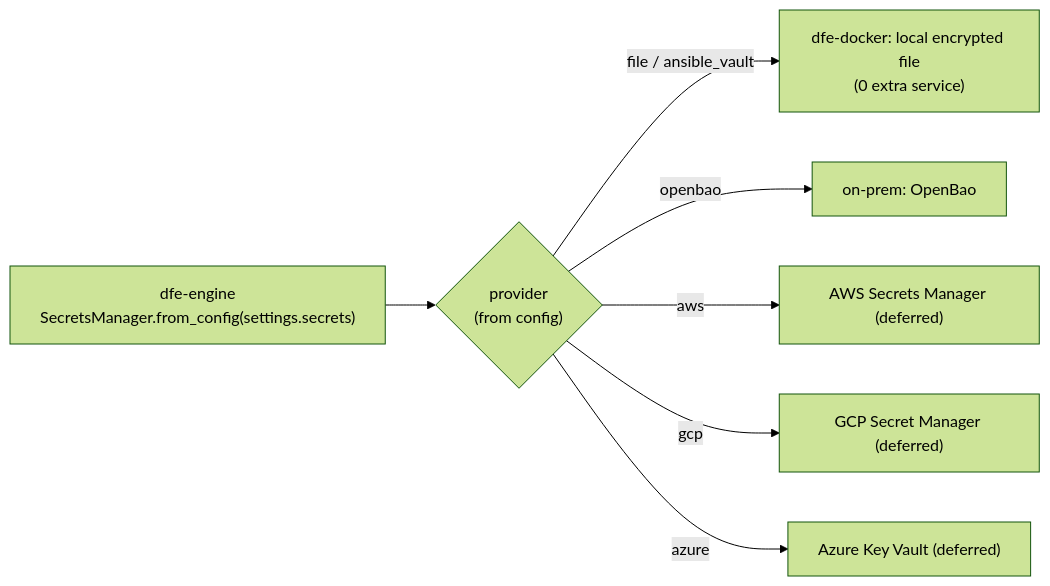
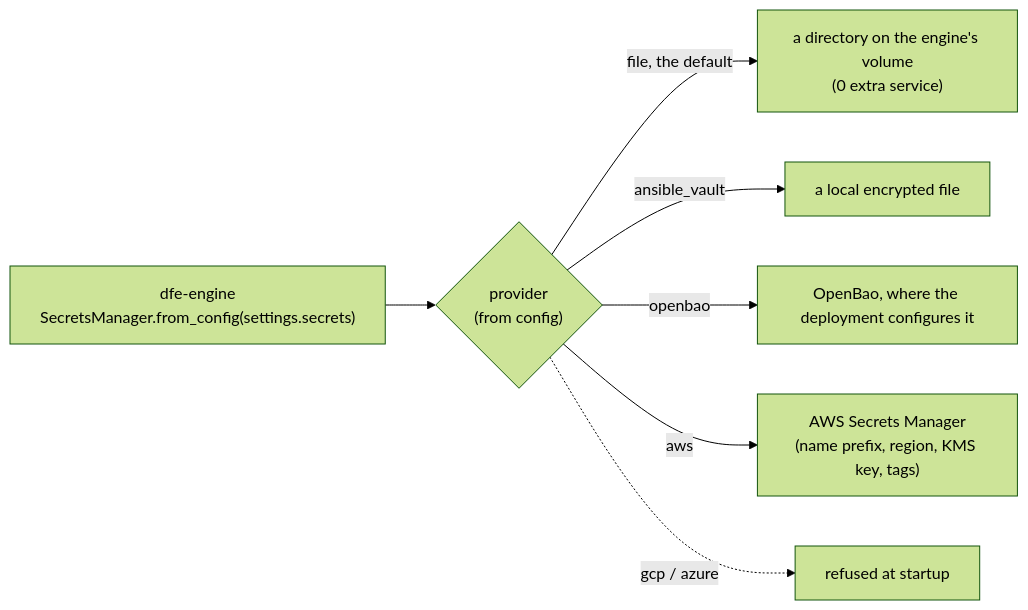
The third of 4 diagrams in docs/deployment/backing-services.md (hyperi-io/dfe-engine), drawn with Mermaid (forest theme) before and after one commit. The commit also changed other lines of this file and 23 other files, not shown here.

First line of the commit message:
fix(secrets): store minted secrets right in AWS (#898)

````diff
--- a/docs/deployment/backing-services.md
+++ b/docs/deployment/backing-services.md
@@ -115,9 +115,9 @@
 ```mermaid
 flowchart LR
     E["dfe-engine<br/>SecretsManager.from_config(settings.secrets)"] --> P{"provider<br/>(from config)"}
-    P -->|file / ansible_vault| F["dfe-docker: local encrypted file<br/>(0 extra service)"]
-    P -->|openbao| O["on-prem: OpenBao"]
-    P -->|aws| AWS["AWS Secrets Manager (deferred)"]
-    P -->|gcp| GCP["GCP Secret Manager (deferred)"]
-    P -->|azure| AZ["Azure Key Vault (deferred)"]
+    P -->|file, the default| F["a directory on the engine's volume<br/>(0 extra service)"]
+    P -->|ansible_vault| AV["a local encrypted file"]
+    P -->|openbao| O["OpenBao, where the deployment configures it"]
+    P -->|aws| AWS["AWS Secrets Manager<br/>(name prefix, region, KMS key, tags)"]
+    P -.->|gcp / azure| NO["refused at startup"]
 ```
````
